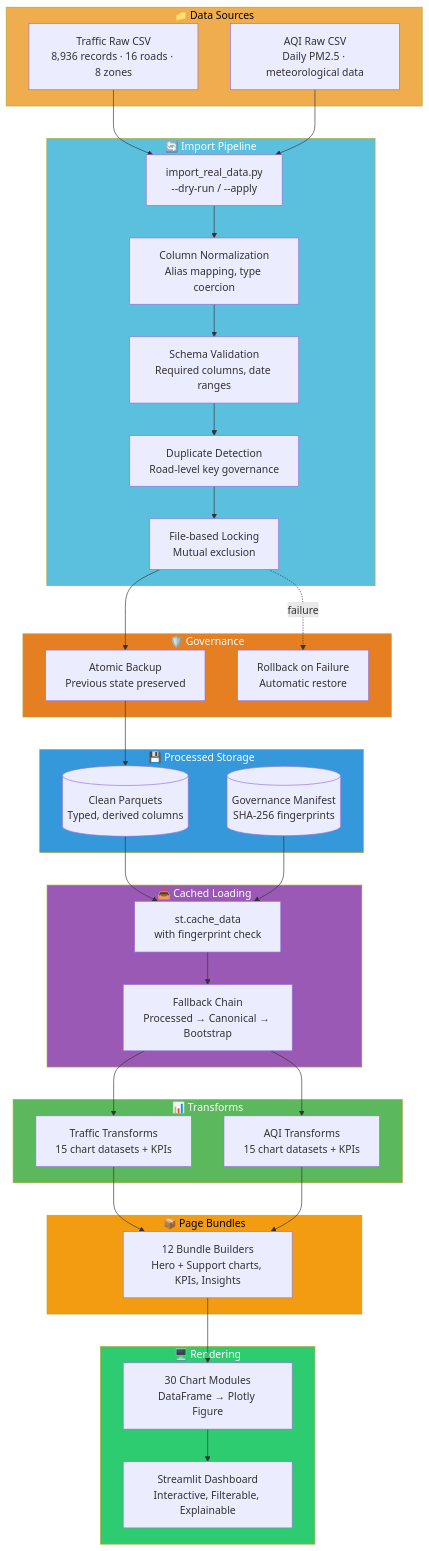
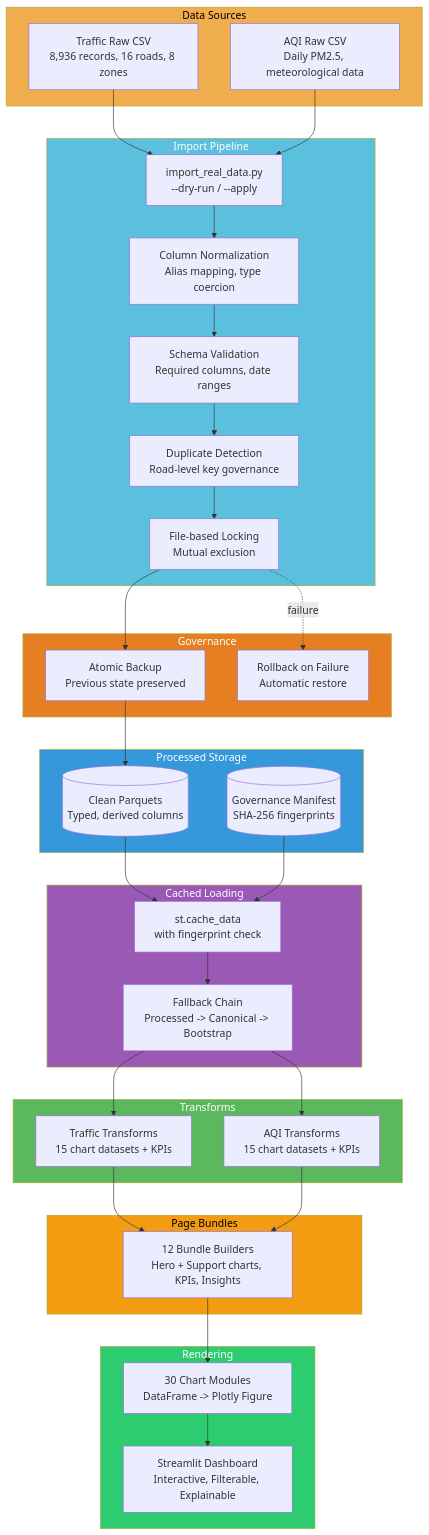
Before and after one commit to aajay101/DADV-Project: the first of 2 diagrams in docs/diagrams/data_pipeline.md, drawn with Mermaid. The commit also changed other lines of this file and 6 other files, not shown here.

````diff
--- a/docs/diagrams/data_pipeline.md
+++ b/docs/diagrams/data_pipeline.md
@@ -5,67 +5,67 @@
 ```mermaid
 flowchart TB
-    subgraph Sources["📁 Data Sources"]
-        TrafficCSV[Traffic Raw CSV<br/>8,936 records · 16 roads · 8 zones]
-        AQICSV[AQI Raw CSV<br/>Daily PM2.5 · meteorological data]
+    subgraph Sources["Data Sources"]
+        TrafficCSV["Traffic Raw CSV<br>8,936 records, 16 roads, 8 zones"]
+        AQICSV["AQI Raw CSV<br>Daily PM2.5, meteorological data"]
     end
 
-    subgraph Import["🔄 Import Pipeline"]
-        CLI[import_real_data.py<br/>--dry-run / --apply]
-        Normalize[Column Normalization<br/>Alias mapping, type coercion]
-        Validate[Schema Validation<br/>Required columns, date ranges]
-        Dedup[Duplicate Detection<br/>Road-level key governance]
-        Lock[File-based Locking<br/>Mutual exclusion]
+    subgraph Import["Import Pipeline"]
+        CLI["import_real_data.py<br>--dry-run / --apply"]
+        Normalize["Column Normalization<br>Alias mapping, type coercion"]
+        Validate["Schema Validation<br>Required columns, date ranges"]
+        Dedup["Duplicate Detection<br>Road-level key governance"]
+        Lock["File-based Locking<br>Mutual exclusion"]
     end
 
-    subgraph Governance["🛡️ Governance"]
-        Backup[Atomic Backup<br/>Previous state preserved]
-        Rollback[Rollback on Failure<br/>Automatic restore]
+    subgraph Governance["Governance"]
+        Backup["Atomic Backup<br>Previous state preserved"]
+        Rollback["Rollback on Failure<br>Automatic restore"]
     end
 
-    subgraph Storage["💾 Processed Storage"]
-        Parquet[(Clean Parquets<br/>Typed, derived columns)]
-        Manifest[(Governance Manifest<br/>SHA-256 fingerprints)]
+    subgraph Storage["Processed Storage"]
+        Parquet[("Clean Parquets<br>Typed, derived columns")]
+        Manifest[("Governance Manifest<br>SHA-256 fingerprints")]
     end
 
-    subgraph Loading["📥 Cached Loading"]
-        Loader[st.cache_data<br/>with fingerprint check]
-        Fallback[Fallback Chain<br/>Processed → Canonical → Bootstrap]
+    subgraph Loading["Cached Loading"]
+        Loader["st.cache_data<br>with fingerprint check"]
+        Fallback["Fallback Chain<br>Processed -> Canonical -> Bootstrap"]
     end
 
-    subgraph Transforms["📊 Transforms"]
-        TrafficKPI[Traffic Transforms<br/>15 chart datasets + KPIs]
-        AQIKPI[AQI Transforms<br/>15 chart datasets + KPIs]
+    subgraph Transforms["Transforms"]
+        TrafficKPI["Traffic Transforms<br>15 chart datasets + KPIs"]
+        AQIKPI["AQI Transforms<br>15 chart datasets + KPIs"]
     end
 
-    subgraph Bundles["📦 Page Bundles"]
-        Bundles12[12 Bundle Builders<br/>Hero + Support charts, KPIs, Insights]
+    subgraph Bundles["Page Bundles"]
+        Bundles12["12 Bundle Builders<br>Hero + Support charts, KPIs, Insights"]
     end
 
-    subgraph Rendering["🖥️ Rendering"]
-        ChartModules[30 Chart Modules<br/>DataFrame → Plotly Figure]
-        Dashboard[Streamlit Dashboard<br/>Interactive, Filterable, Explainable]
+    subgraph Rendering["Rendering"]
+        ChartModules["30 Chart Modules<br>DataFrame -> Plotly Figure"]
+        Dashboard["Streamlit Dashboard<br>Interactive, Filterable, Explainable"]
     end
 
     TrafficCSV --> CLI
     AQICSV --> CLI
     CLI --> Normalize --> Validate --> Dedup --> Lock
     Lock --> Backup --> Parquet
     Lock -.->|failure| Rollback
     Parquet --> Loader
     Manifest --> Loader
     Loader --> Fallback
     Fallback --> TrafficKPI
     Fallback --> AQIKPI
     TrafficKPI --> Bundles12
     AQIKPI --> Bundles12
     Bundles12 --> ChartModules --> Dashboard
 
     style Sources fill:#f0ad4e,color:#000
     style Import fill:#5BC0DE,color:#fff
     style Governance fill:#E67E22,color:#fff
     style Storage fill:#3498DB,color:#fff
     style Loading fill:#9B59B6,color:#fff
     style Transforms fill:#5CB85C,color:#fff
     style Bundles fill:#F39C12,color:#000
     style Rendering fill:#2ECC71,color:#fff
 ```
````
